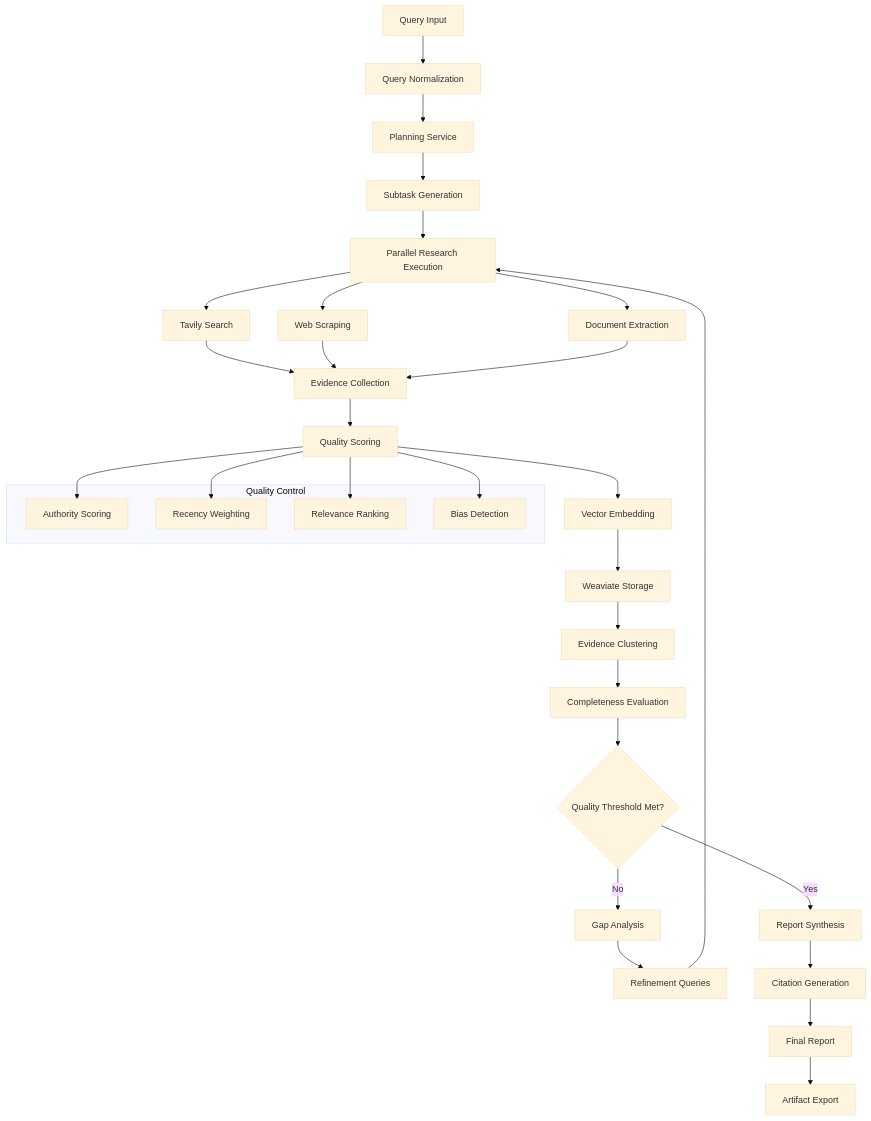
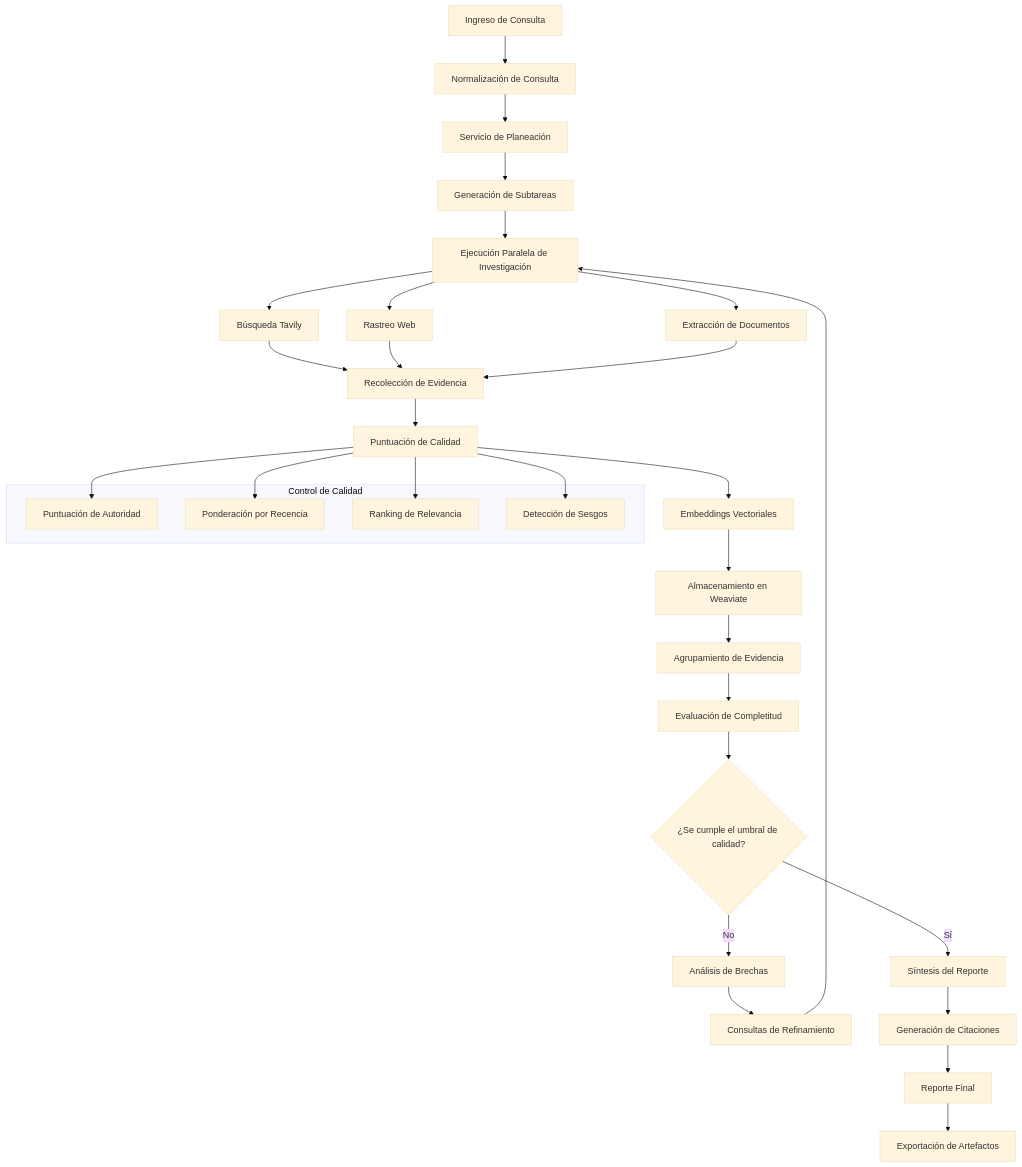
The second of 2 diagrams in README.md (saptiva-ai/alethia_deepresearch), drawn with Mermaid (base theme) before and after one commit. The commit also changed other lines of this file and 4 other files, not shown here.

````diff
--- a/README.md
+++ b/README.md
@@ -654,45 +624,45 @@
 ```mermaid
 flowchart TD
-    A[Query Input] --> B[Query Normalization]
-    B --> C[Planning Service]
-    C --> D[Subtask Generation]
-    D --> E[Parallel Research Execution]
+    A[Ingreso de Consulta] --> B[Normalización de Consulta]
+    B --> C[Servicio de Planeación]
+    C --> D[Generación de Subtareas]
+    D --> E[Ejecución Paralela de Investigación]
     
-    E --> F[Tavily Search]
-    E --> G[Web Scraping]
-    E --> H[Document Extraction]
+    E --> F[Búsqueda Tavily]
+    E --> G[Rastreo Web]
+    E --> H[Extracción de Documentos]
     
-    F --> I[Evidence Collection]
+    F --> I[Recolección de Evidencia]
     G --> I
     H --> I
     
-    I --> J[Quality Scoring]
-    J --> K[Vector Embedding]
-    K --> L[Weaviate Storage]
+    I --> J[Puntuación de Calidad]
+    J --> K[Embeddings Vectoriales]
+    K --> L[Almacenamiento en Weaviate]
     
-    L --> M[Evidence Clustering]
-    M --> N[Completeness Evaluation]
+    L --> M[Agrupamiento de Evidencia]
+    M --> N[Evaluación de Completitud]
     
-    N --> O{Quality Threshold Met?}
-    O -->|No| P[Gap Analysis]
-    O -->|Yes| Q[Report Synthesis]
+    N --> O{¿Se cumple el umbral de calidad?}
+    O -->|No| P[Análisis de Brechas]
+    O -->|Sí| Q[Síntesis del Reporte]
     
-    P --> R[Refinement Queries]
+    P --> R[Consultas de Refinamiento]
     R --> E
     
-    Q --> S[Citation Generation]
-    S --> T[Final Report]
-    T --> U[Artifact Export]
+    Q --> S[Generación de Citaciones]
+    S --> T[Reporte Final]
+    T --> U[Exportación de Artefactos]
     
-    subgraph "Quality Control"
-        V[Authority Scoring]
-        W[Recency Weighting]
-        X[Relevance Ranking]
-        Y[Bias Detection]
+    subgraph "Control de Calidad"
+        V[Puntuación de Autoridad]
+        W[Ponderación por Recencia]
+        X[Ranking de Relevancia]
+        Y[Detección de Sesgos]
     end
     
     J --> V
     J --> W
     J --> X
     J --> Y
 ```
````
